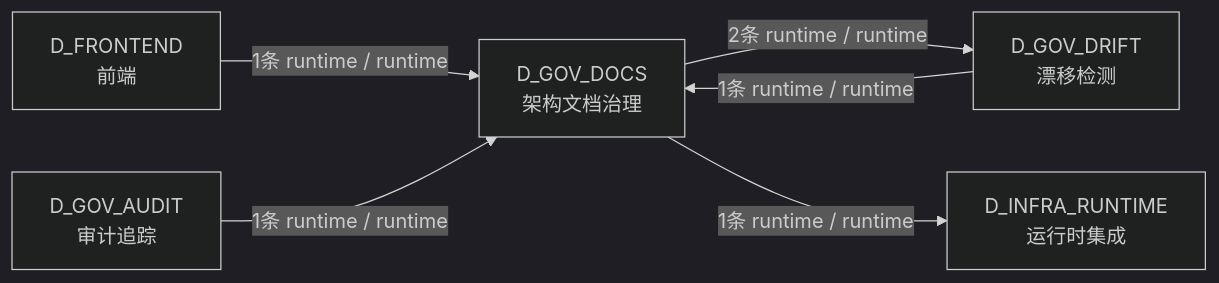
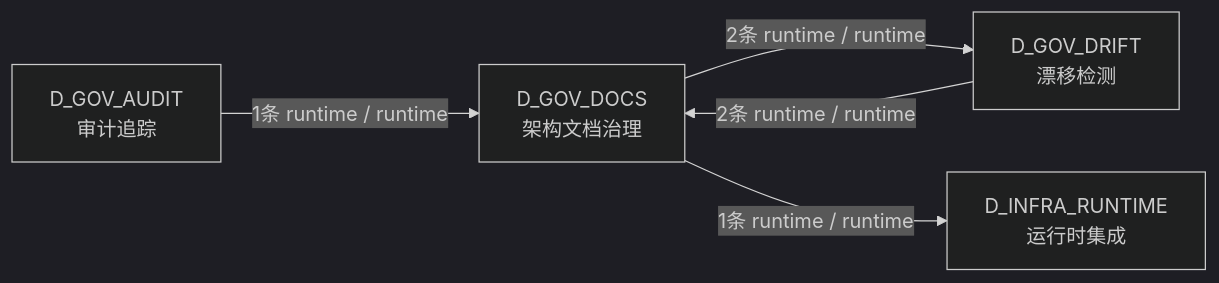
One commit to xuanFelixVan/ZephyrAlpha changed the seventh of 7 diagrams in docs/02_enterprise_architecture/02_domain_architecture_docs/40_d_gov_docs.md. Above: the diagram before and after it, drawn with Mermaid (dark theme). The commit also changed other lines of this file and 28 other files, not shown here.

First line of the commit message:
chore: commit reconciler-regenerated domain architecture docs

````diff
--- a/docs/02_enterprise_architecture/02_domain_architecture_docs/40_d_gov_docs.md
+++ b/docs/02_enterprise_architecture/02_domain_architecture_docs/40_d_gov_docs.md
@@ -490,13 +490,11 @@
 ```mermaid
 graph LR
     D_GOV_DOCS["D_GOV_DOCS<br/>架构文档治理"]
     D_GOV_DRIFT["D_GOV_DRIFT<br/>漂移检测"]
     D_INFRA_RUNTIME["D_INFRA_RUNTIME<br/>运行时集成"]
-    D_FRONTEND["D_FRONTEND<br/>前端"]
     D_GOV_AUDIT["D_GOV_AUDIT<br/>审计追踪"]
     D_GOV_DOCS -->|2条 runtime / runtime| D_GOV_DRIFT
     D_GOV_DOCS -->|1条 runtime / runtime| D_INFRA_RUNTIME
-    D_FRONTEND -->|1条 runtime / runtime| D_GOV_DOCS
+    D_GOV_DRIFT -->|2条 runtime / runtime| D_GOV_DOCS
     D_GOV_AUDIT -->|1条 runtime / runtime| D_GOV_DOCS
-    D_GOV_DRIFT -->|1条 runtime / runtime| D_GOV_DOCS
 ```
````
